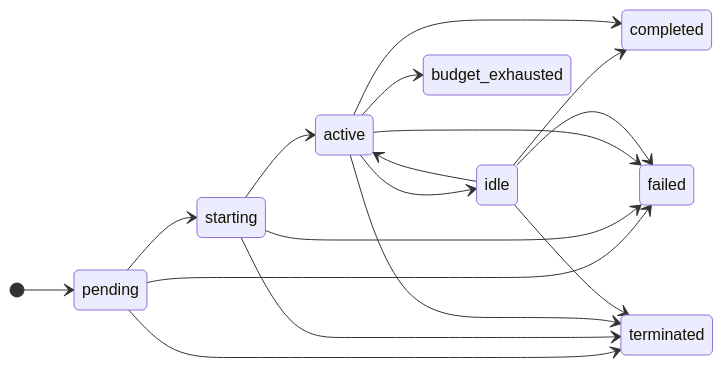
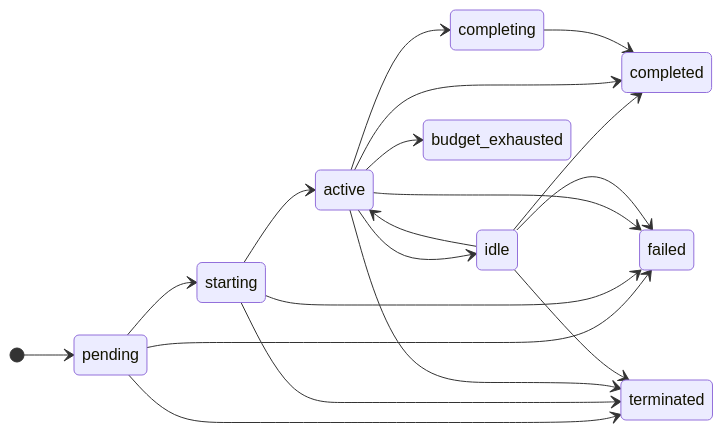
The diagram in docs/concepts/runs-and-sessions.md (runkora/kora), drawn with Mermaid before and after one commit. The commit also changed other lines of this file and 9 other files, not shown here.

````diff
--- a/docs/concepts/runs-and-sessions.md
+++ b/docs/concepts/runs-and-sessions.md
@@ -11,20 +11,22 @@
 ```mermaid
 stateDiagram-v2
     direction LR
     [*] --> pending
     pending --> starting
     starting --> active
     active --> idle
     idle --> active
     idle --> completed
     active --> completed
+    active --> completing
+    completing --> completed
     pending --> failed
     starting --> failed
     active --> failed
     idle --> failed
     active --> budget_exhausted
     pending --> terminated
     starting --> terminated
     active --> terminated
     idle --> terminated
 ```
````
